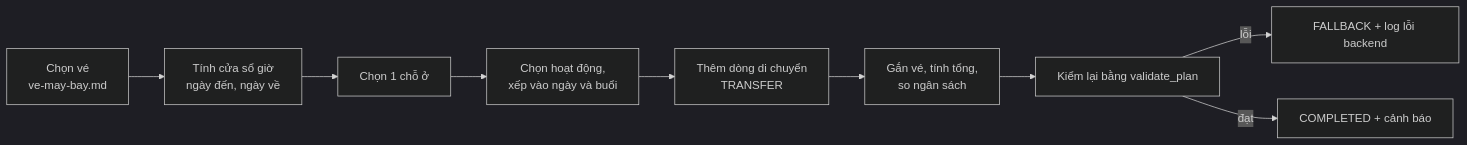
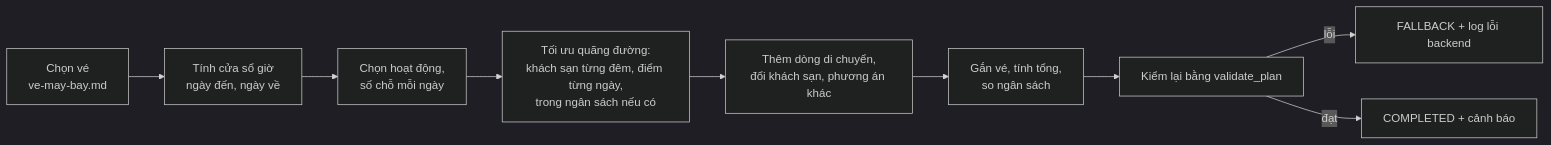
Before and after one commit to NguyenNhat4/Travel-Recommend-System: the first of 3 diagrams in docs/spec/agent/nghiep-vu/xep-lich.md, drawn with Mermaid (dark theme). The commit also changed other lines of this file and 43 other files, not shown here.

First line of the commit message:
feat(agent): tối ưu quãng đường nhiều khách sạn, chọn theo ngân sách, kèm phương án khác (AC-AGT-04)

````diff
--- a/docs/spec/agent/nghiep-vu/xep-lich.md
+++ b/docs/spec/agent/nghiep-vu/xep-lich.md
@@ -12,11 +12,11 @@
 ```mermaid
 flowchart LR
     A[Chọn vé<br/>ve-may-bay.md] --> B[Tính cửa sổ giờ<br/>ngày đến, ngày về]
-    B --> C[Chọn 1 chỗ ở]
-    C --> D[Chọn hoạt động,<br/>xếp vào ngày và buổi]
-    D --> E[Thêm dòng di chuyển<br/>TRANSFER]
+    B --> C[Chọn hoạt động,<br/>số chỗ mỗi ngày]
+    C --> D[Tối ưu quãng đường:<br/>khách sạn từng đêm, điểm từng ngày,<br/>trong ngân sách nếu có]
+    D --> E[Thêm dòng di chuyển,<br/>đổi khách sạn, phương án khác]
     E --> F[Gắn vé, tính tổng,<br/>so ngân sách]
     F --> G[Kiểm lại bằng validate_plan]
     G -- lỗi --> H[FALLBACK + log lỗi backend]
     G -- đạt --> I[COMPLETED + cảnh báo]
 ```
````
